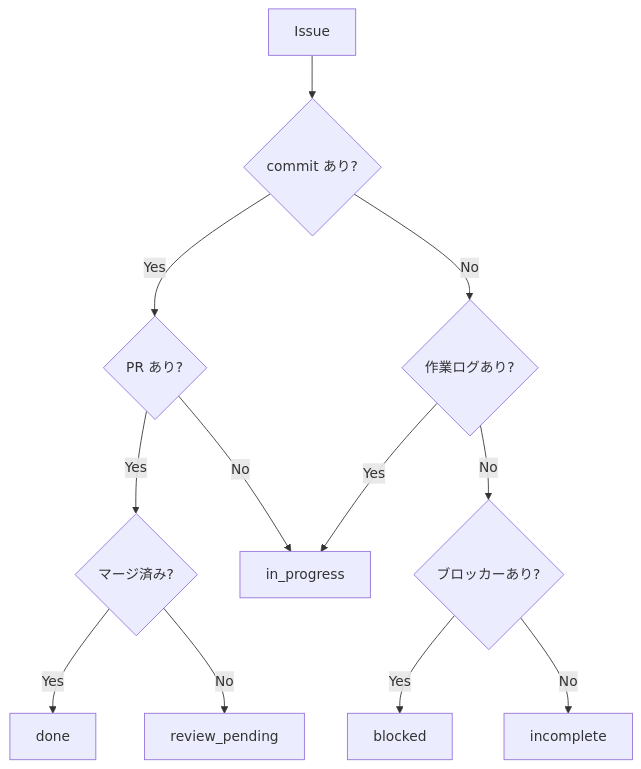
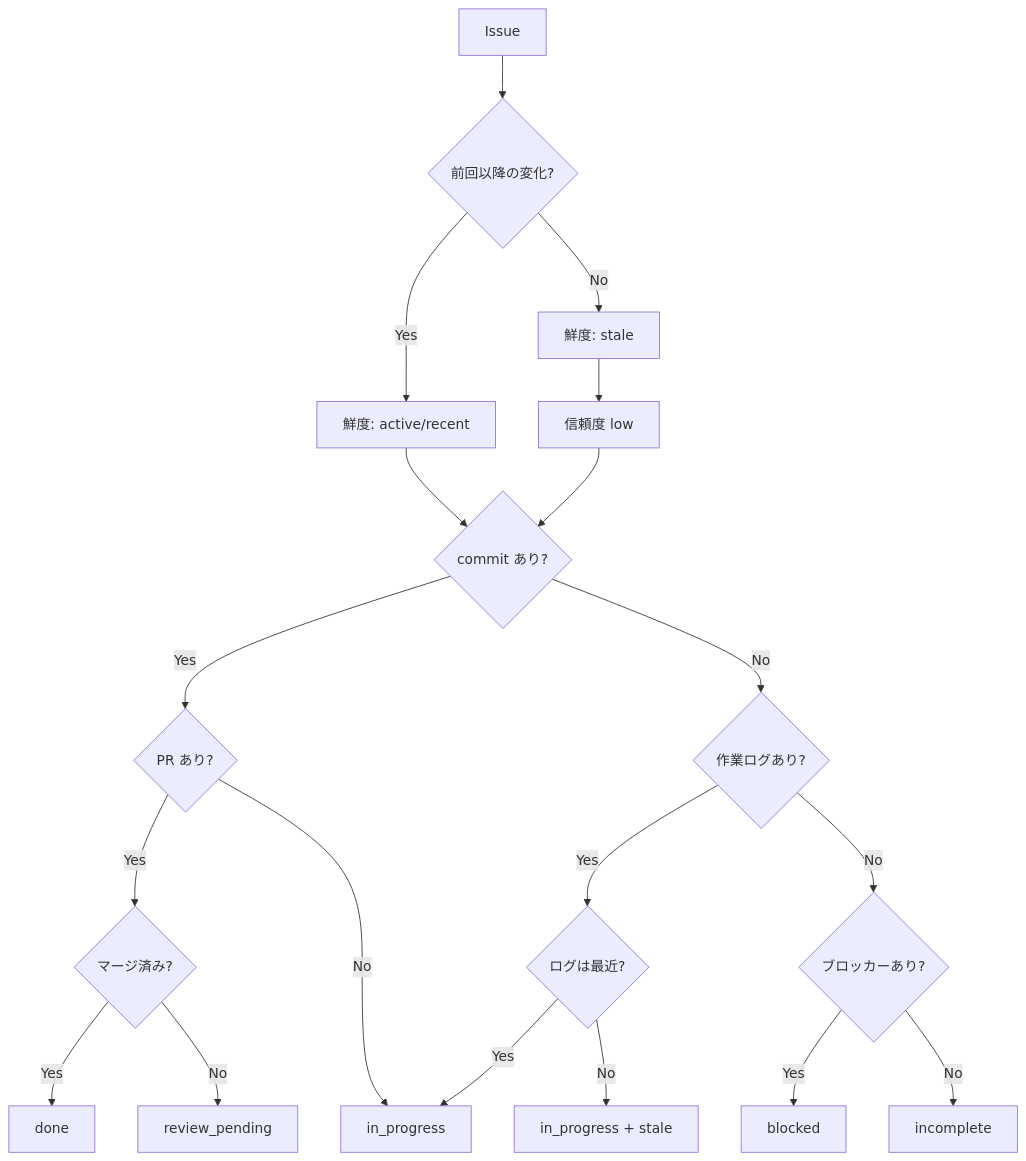
Before and after one commit to tettuan/climpt: the sixth of 7 diagrams in .agent/facilitator/README.md, drawn with Mermaid. The commit also changed other lines of this file and 5 other files, not shown here.

````diff
--- a/.agent/facilitator/README.md
+++ b/.agent/facilitator/README.md
@@ -302,19 +340,29 @@
 ```mermaid
 flowchart TD
-    START[Issue] --> Q1{commit あり?}
+    START[Issue] --> DELTA{前回以降の変化?}
+
+    DELTA -->|Yes| FRESH[鮮度: active/recent]
+    DELTA -->|No| STALE[鮮度: stale]
+
+    FRESH --> Q1{commit あり?}
+    STALE --> LOWCONF[信頼度 low]
+    LOWCONF --> Q1
 
     Q1 -->|Yes| Q2{PR あり?}
     Q1 -->|No| Q5{作業ログあり?}
 
     Q2 -->|Yes| Q3{マージ済み?}
     Q2 -->|No| WIP[in_progress]
 
     Q3 -->|Yes| DONE[done]
     Q3 -->|No| REVIEW[review_pending]
 
-    Q5 -->|Yes| WIP
+    Q5 -->|Yes| Q5A{ログは最近?}
     Q5 -->|No| Q6{ブロッカーあり?}
+
+    Q5A -->|Yes| WIP
+    Q5A -->|No| STALEWORK[in_progress + stale]
 
     Q6 -->|Yes| BLOCKED[blocked]
     Q6 -->|No| INCOMPLETE[incomplete]
 ```
````
